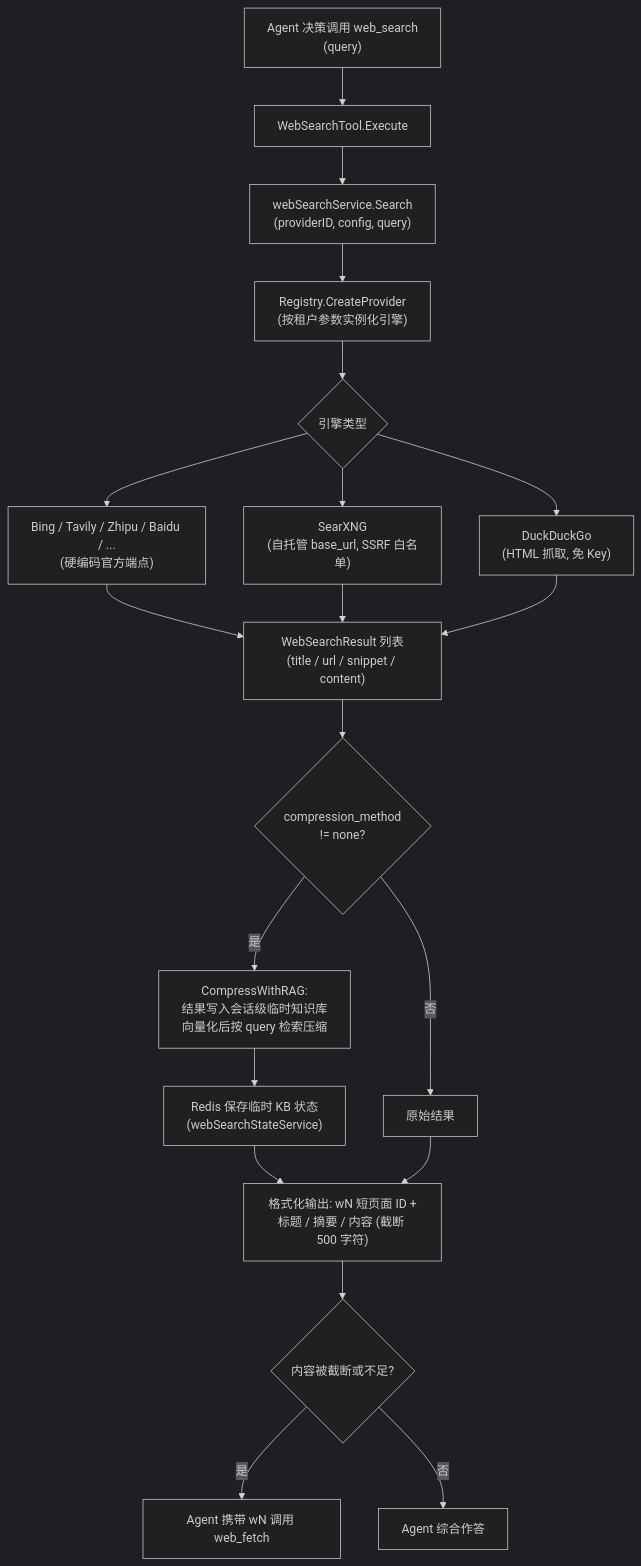
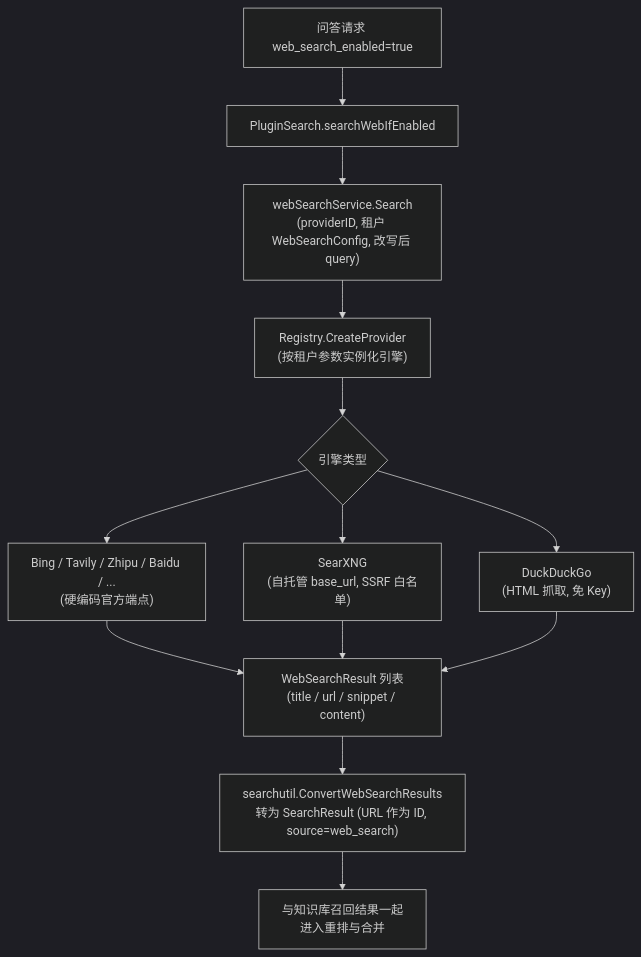
Before and after one commit to magicyuan876/Yuheng: the first of 2 diagrams in website-docs/03-features/11-web-search.md, drawn with Mermaid (dark theme). The commit also changed other lines of this file and 994 other files, not shown here.

````diff
--- a/website-docs/03-features/11-web-search.md
+++ b/website-docs/03-features/11-web-search.md
@@ -94,22 +94,15 @@
 ```mermaid
 flowchart TD
-    A["Agent 决策调用 web_search<br/>(query)"] --> B["WebSearchTool.Execute"]
-    B --> C["webSearchService.Search<br/>(providerID, config, query)"]
+    A["问答请求 web_search_enabled=true"] --> B["PluginSearch.searchWebIfEnabled"]
+    B --> C["webSearchService.Search<br/>(providerID, 租户 WebSearchConfig, 改写后 query)"]
     C --> D["Registry.CreateProvider<br/>(按租户参数实例化引擎)"]
     D --> E{"引擎类型"}
     E --> E1["Bing / Tavily / Zhipu / Baidu / ...<br/>(硬编码官方端点)"]
     E --> E2["SearXNG<br/>(自托管 base_url, SSRF 白名单)"]
     E --> E3["DuckDuckGo<br/>(HTML 抓取, 免 Key)"]
     E1 --> F["WebSearchResult 列表<br/>(title / url / snippet / content)"]
     E2 --> F
     E3 --> F
-    F --> G{"compression_method<br/>!= none?"}
-    G -->|"是"| H["CompressWithRAG:<br/>结果写入会话级临时知识库<br/>向量化后按 query 检索压缩"]
-    H --> I["Redis 保存临时 KB 状态<br/>(webSearchStateService)"]
-    G -->|"否"| J["原始结果"]
-    I --> K["格式化输出: wN 短页面 ID +<br/>标题 / 摘要 / 内容 (截断 500 字符)"]
-    J --> K
-    K --> L{"内容被截断或不足?"}
-    L -->|"是"| M["Agent 携带 wN 调用 web_fetch"]
-    L -->|"否"| N["Agent 综合作答"]
+    F --> G["searchutil.ConvertWebSearchResults<br/>转为 SearchResult (URL 作为 ID, source=web_search)"]
+    G --> H["与知识库召回结果一起<br/>进入重排与合并"]
 ```
````
